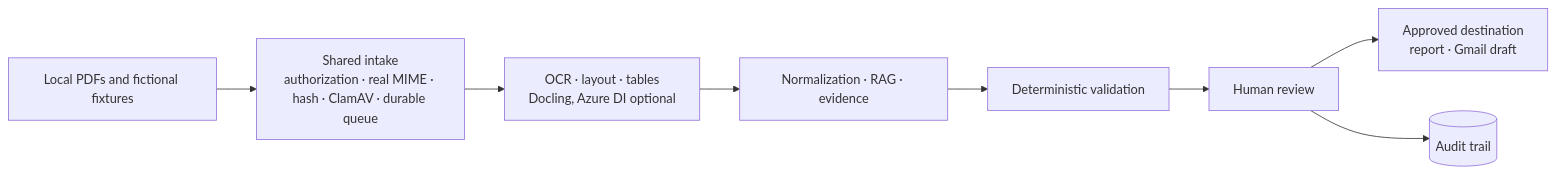
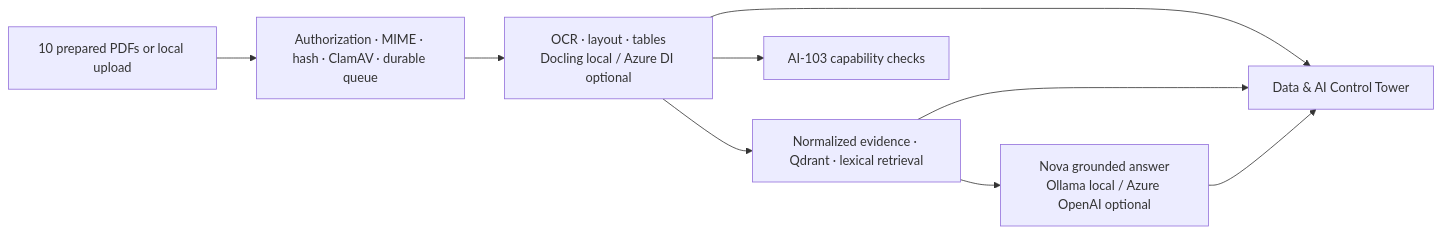
The first of 2 diagrams in README.md (quocvietphung/document-intelligence-lab), drawn with Mermaid before and after one commit. The commit also changed other lines of this file and 25 other files, not shown here.

````diff
--- a/README.md
+++ b/README.md
@@ -24,10 +40,11 @@
 ```mermaid
 flowchart LR
-    L[Local PDFs and fictional fixtures] --> P
-    P[Shared intake<br/>authorization · real MIME · hash · ClamAV · durable queue] --> X[OCR · layout · tables<br/>Docling, Azure DI optional]
-    X --> E[Normalization · RAG · evidence]
-    E --> V[Deterministic validation]
-    V --> H[Human review]
-    H --> D[Approved destination<br/>report · Gmail draft]
-    H --> A[(Audit trail)]
+    L[10 prepared PDFs or local upload] --> P[Authorization · MIME · hash · ClamAV · durable queue]
+    P --> X[OCR · layout · tables<br/>Docling local / Azure DI optional]
+    X --> E[Normalized evidence · Qdrant · lexical retrieval]
+    E --> N[Nova grounded answer<br/>Ollama local / Azure OpenAI optional]
+    X --> C[Data & AI Control Tower]
+    E --> C
+    N --> C
+    X --> A[AI-103 capability checks]
 ```
````
